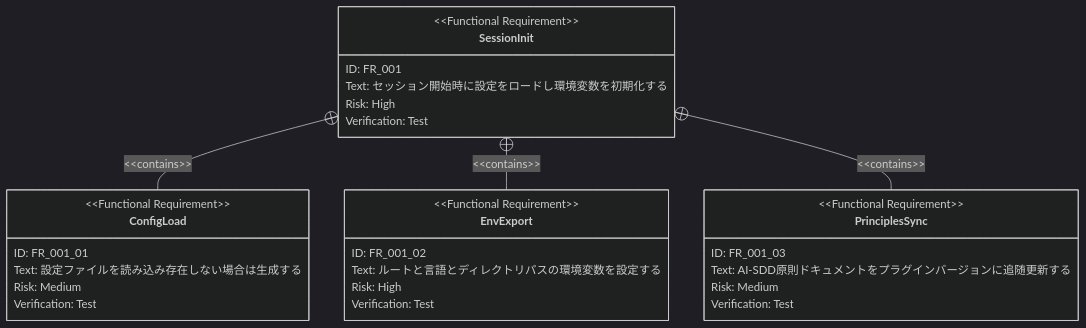
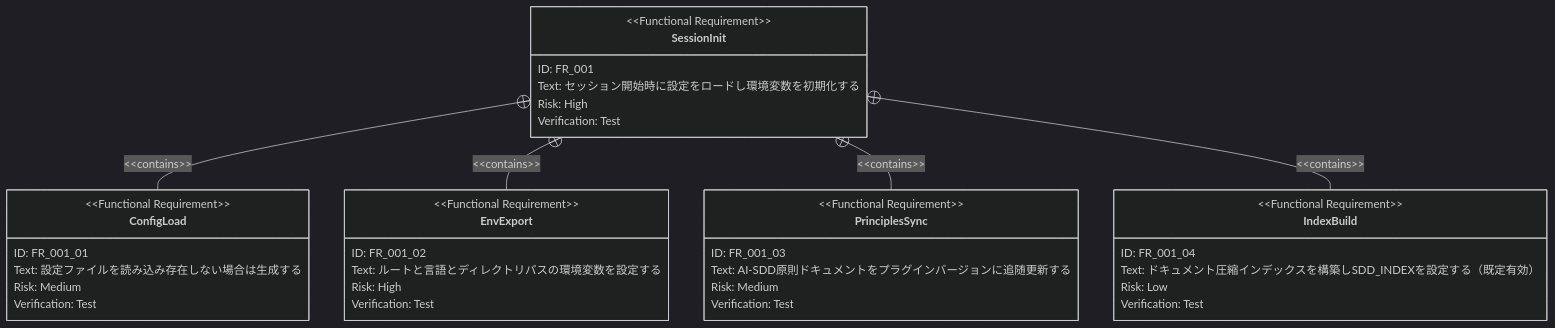
The second of 2 diagrams in .sdd/requirement/workflow-foundation/session-config.md (ToshikiImagawa/ai-sdd-workflow-dev), drawn with Mermaid before and after one commit. The commit also changed other lines of this file and 4 other files, not shown here.

````diff
--- a/.sdd/requirement/workflow-foundation/session-config.md
+++ b/.sdd/requirement/workflow-foundation/session-config.md
@@ -66,35 +69,43 @@
 ```mermaid
 %%{init: {'theme': 'dark'}}%%
 requirementDiagram
     functionalRequirement SessionInit {
         id: FR_001
         text: "セッション開始時に設定をロードし環境変数を初期化する"
         risk: high
         verifymethod: test
     }
 
     functionalRequirement ConfigLoad {
         id: FR_001_01
         text: "設定ファイルを読み込み存在しない場合は生成する"
         risk: medium
         verifymethod: test
     }
 
     functionalRequirement EnvExport {
         id: FR_001_02
         text: "ルートと言語とディレクトリパスの環境変数を設定する"
         risk: high
         verifymethod: test
     }
 
     functionalRequirement PrinciplesSync {
         id: FR_001_03
         text: "AI-SDD原則ドキュメントをプラグインバージョンに追随更新する"
         risk: medium
         verifymethod: test
     }
 
+    functionalRequirement IndexBuild {
+        id: FR_001_04
+        text: "ドキュメント圧縮インデックスを構築しSDD_INDEXを設定する（既定有効）"
+        risk: low
+        verifymethod: test
+    }
+
     SessionInit - contains -> ConfigLoad
     SessionInit - contains -> EnvExport
     SessionInit - contains -> PrinciplesSync
+    SessionInit - contains -> IndexBuild
 ```
````
